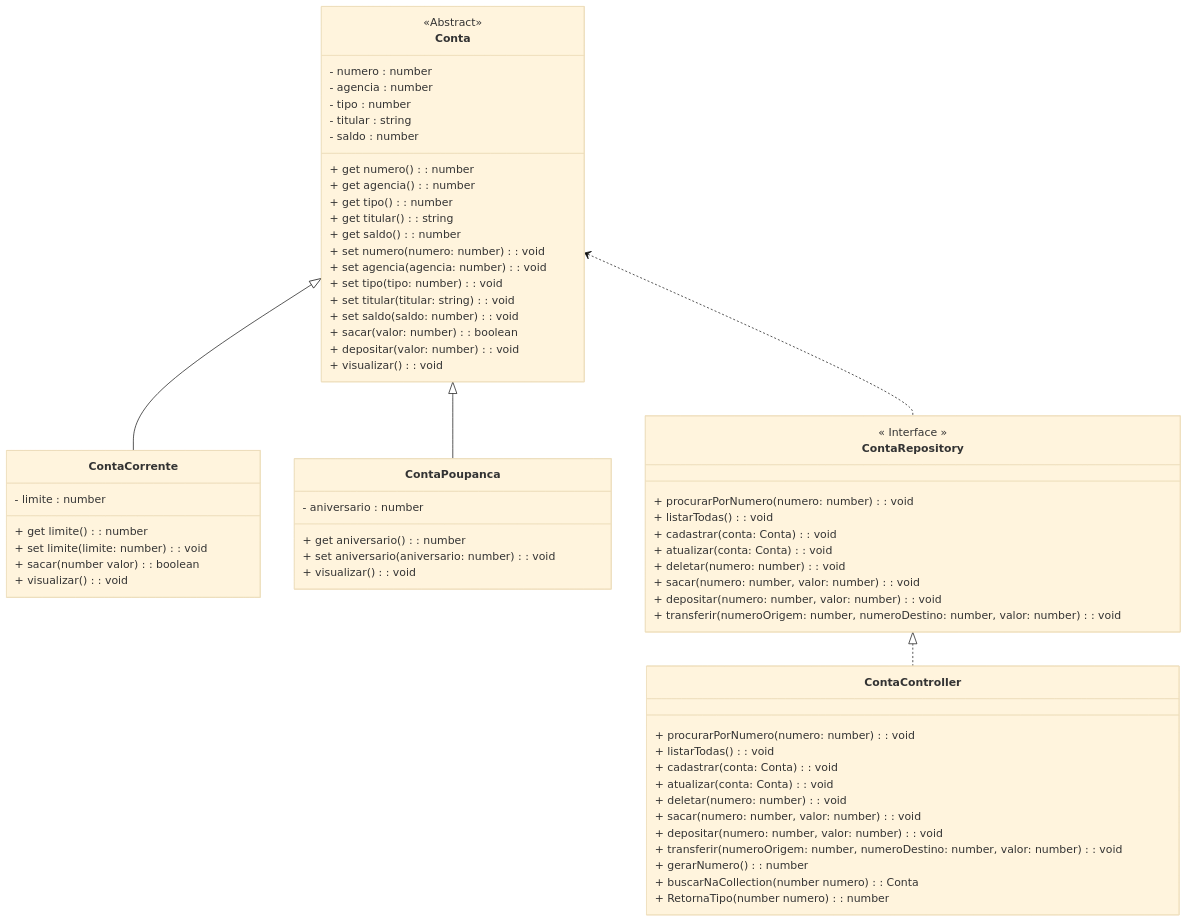
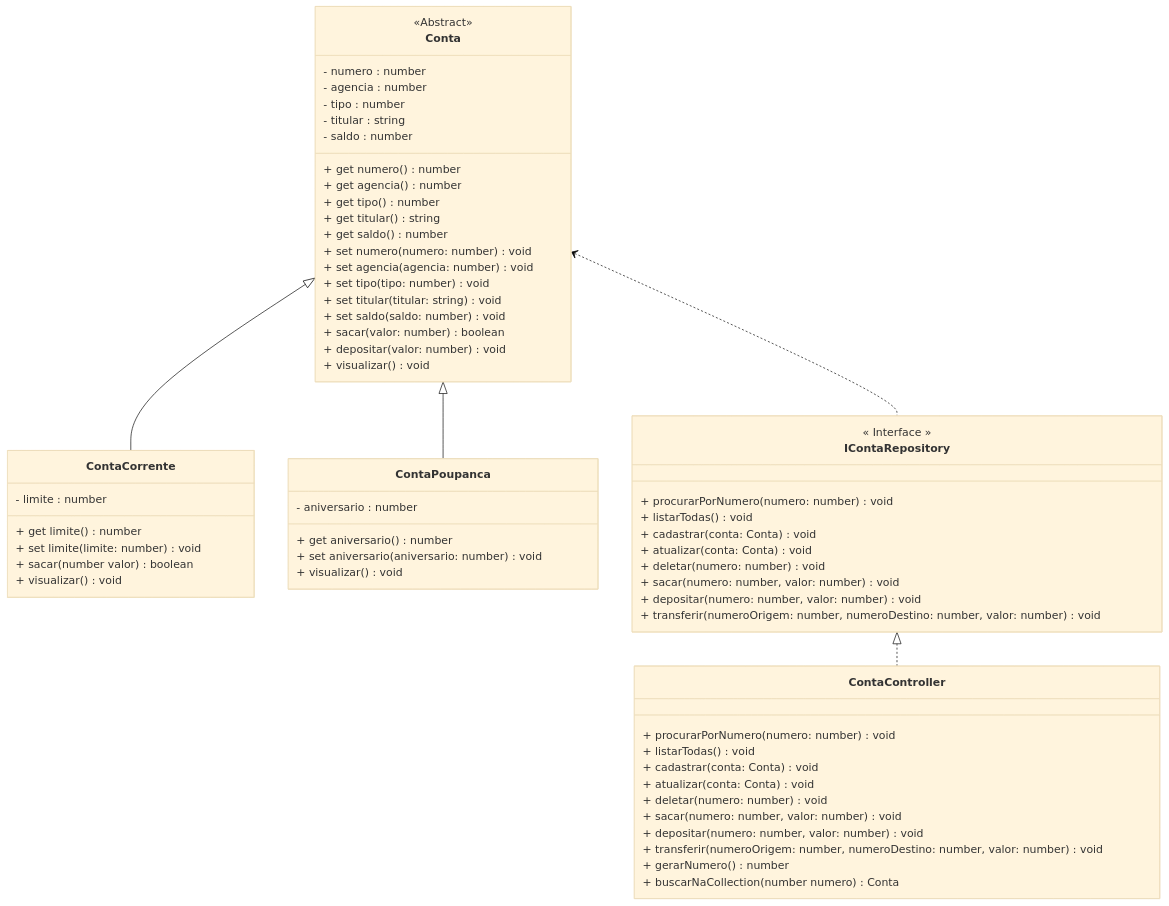
Before and after one commit to conteudoGeneration/cookbook_javascript: the diagram in 01_javascript/pr07.md, drawn with Mermaid (base theme). The commit also changed 16 other files, not shown here.

````diff
--- a/01_javascript/pr07.md
+++ b/01_javascript/pr07.md
@@ -11,65 +11,64 @@
 ```mermaid
 classDiagram
 class Conta {
 <<Abstract>>
   - numero : number
   - agencia : number
   - tipo : number
   - titular : string
   - saldo : number
-  + get numero(): number
-  + get agencia(): number
-  + get tipo(): number
-  + get titular(): string
-  + get saldo(): number
-  + set numero(numero: number): void
-  + set agencia(agencia: number): void
-  + set tipo(tipo: number): void
-  + set titular(titular: string): void
-  + set saldo(saldo: number): void
-  + sacar(valor: number): boolean
-  + depositar(valor: number): void
-  + visualizar(): void
+  + get numero() number
+  + get agencia() number
+  + get tipo() number
+  + get titular() string
+  + get saldo() number
+  + set numero(numero: number) void
+  + set agencia(agencia: number) void
+  + set tipo(tipo: number) void
+  + set titular(titular: string) void
+  + set saldo(saldo: number) void
+  + sacar(valor: number) boolean
+  + depositar(valor: number) void
+  + visualizar() void
 }
 class ContaCorrente {
   - limite : number
-  + get limite(): number
-  + set limite(limite: number): void
-  + sacar(number valor): boolean
-  + visualizar(): void
+  + get limite() number
+  + set limite(limite: number) void
+  + sacar(number valor) boolean
+  + visualizar() void
 }
 class ContaPoupanca {
   - aniversario : number
-  + get aniversario(): number
-  + set aniversario(aniversario: number): void
-  + visualizar(): void
+  + get aniversario() number
+  + set aniversario(aniversario: number) void
+  + visualizar() void
 }
-class ContaRepository{
+class IContaRepository{
 << Interface >>
-+ procurarPorNumero(numero: number): void
-+ listarTodas(): void
-+ cadastrar(conta: Conta): void
-+ atualizar(conta: Conta): void
-+ deletar(numero: number): void
-+ sacar(numero: number, valor: number): void
-+ depositar(numero: number, valor: number): void
-+ transferir(numeroOrigem: number, numeroDestino: number, valor: number): void
++ procurarPorNumero(numero: number) void
++ listarTodas() void
++ cadastrar(conta: Conta) void
++ atualizar(conta: Conta) void
++ deletar(numero: number) void
++ sacar(numero: number, valor: number) void
++ depositar(numero: number, valor: number) void
++ transferir(numeroOrigem: number, numeroDestino: number, valor: number) void
 }
 class ContaController{
-+ procurarPorNumero(numero: number): void
-+ listarTodas(): void
-+ cadastrar(conta: Conta): void
-+ atualizar(conta: Conta): void
-+ deletar(numero: number): void
-+ sacar(numero: number, valor: number): void
-+ depositar(numero: number, valor: number): void
-+ transferir(numeroOrigem: number, numeroDestino: number, valor: number): void
-+ gerarNumero(): number
-+ buscarNaCollection(number numero): Conta
-+ RetornaTipo(number numero): number
++ procurarPorNumero(numero: number) void
++ listarTodas() void
++ cadastrar(conta: Conta) void
++ atualizar(conta: Conta) void
++ deletar(numero: number) void
++ sacar(numero: number, valor: number) void
++ depositar(numero: number, valor: number) void
++ transferir(numeroOrigem: number, numeroDestino: number, valor: number) void
++ gerarNumero() number
++ buscarNaCollection(number numero) Conta
 }
 Conta <|-- ContaCorrente
 Conta <|-- ContaPoupanca
-Conta <.. ContaRepository
-ContaRepository <|.. ContaController
+Conta <.. IContaRepository
+IContaRepository <|.. ContaController
 ```
````
